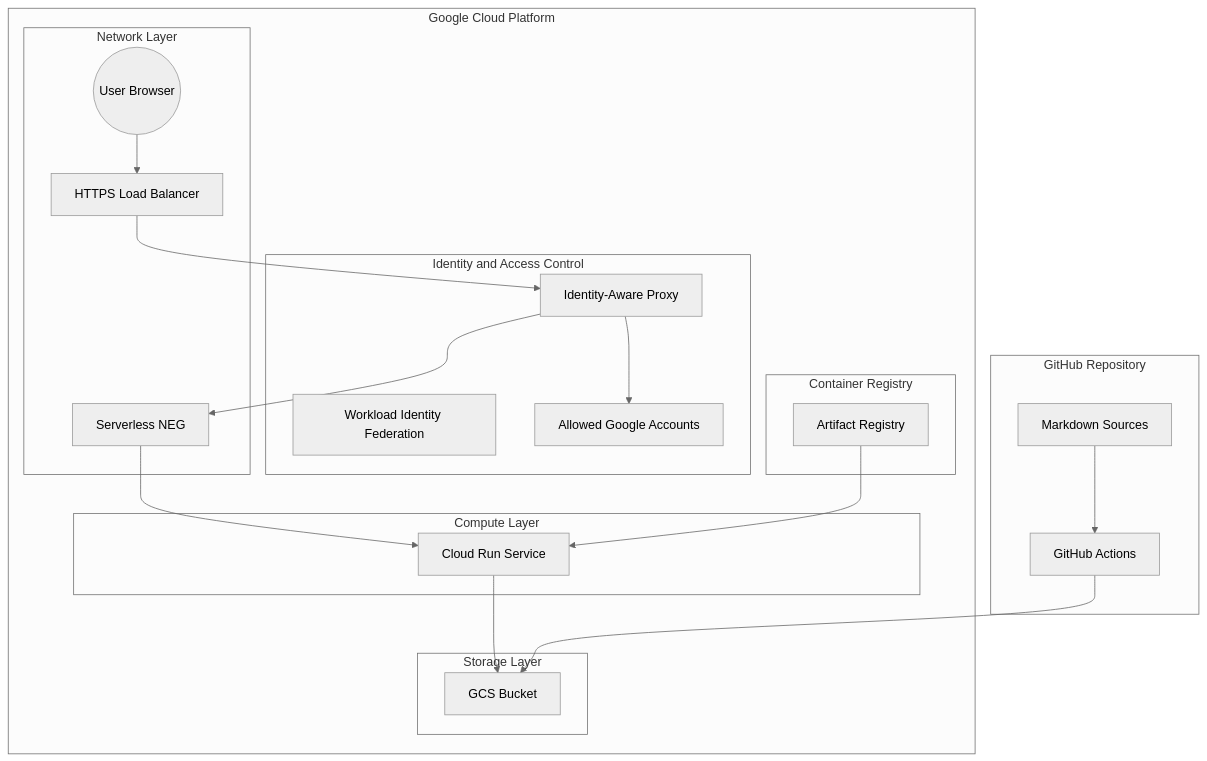
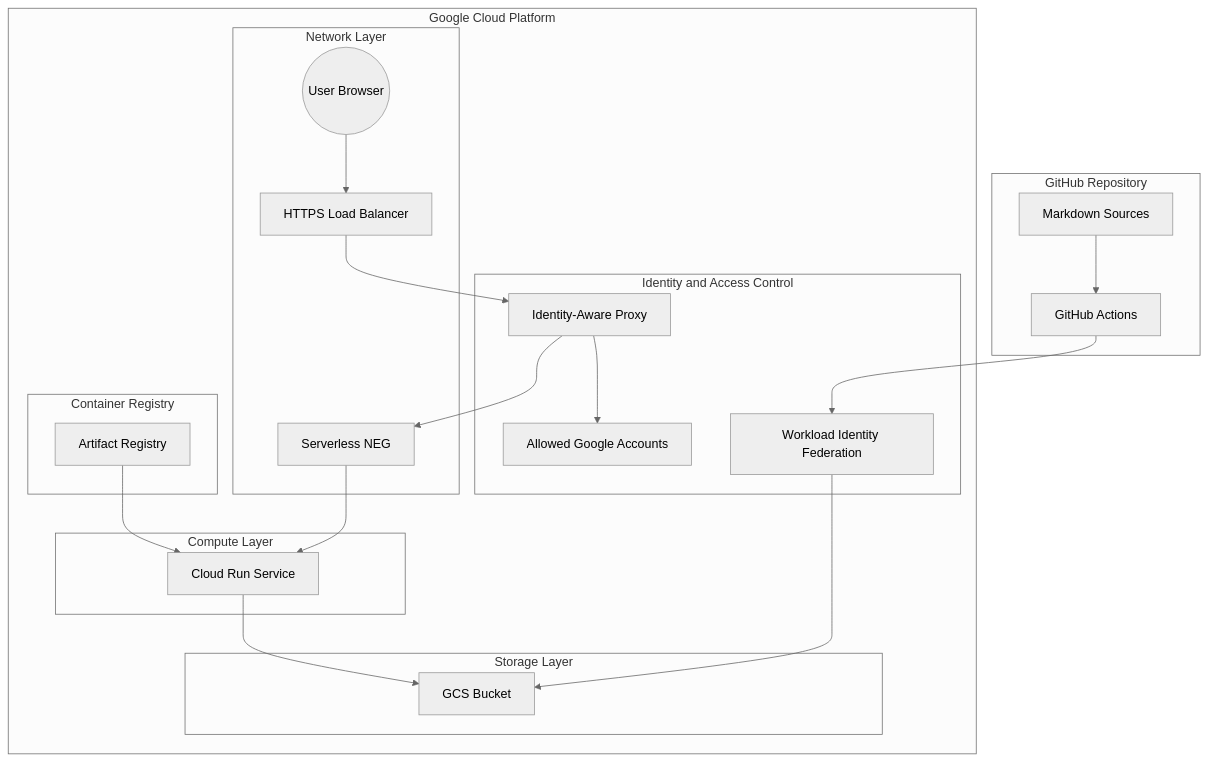
The diagram in docs/architecture.md (oharato/docs-repo), drawn with Mermaid (neutral theme) before and after one commit. The commit also changed 5 other files, not shown here.

Commit message:
fix: address all code review findings (mermaid, versioning, docs, dark mode)

````diff
--- a/docs/architecture.md
+++ b/docs/architecture.md
@@ -7,43 +7,44 @@
 ```mermaid
 graph TD
     subgraph GitHub["GitHub Repository"]
         Markdown["Markdown Sources"]
         GHA["GitHub Actions"]
         Markdown --> GHA
     end
 
     subgraph GCP["Google Cloud Platform"]
         subgraph Security["Identity and Access Control"]
             WIF["Workload Identity Federation"]
             IAP["Identity-Aware Proxy"]
             UserAuth["Allowed Google Accounts"]
             IAP --> UserAuth
         end
 
         subgraph Storage["Storage Layer"]
             GCS["GCS Bucket"]
         end
 
         subgraph Networking["Network Layer"]
             User(("User Browser"))
             HTTPSLB["HTTPS Load Balancer"]
             NEG["Serverless NEG"]
             User --> HTTPSLB
             HTTPSLB --> IAP
             IAP --> NEG
         end
 
         subgraph Compute["Compute Layer"]
             CloudRun["Cloud Run Service"]
             NEG --> CloudRun
             CloudRun --> GCS
         end
 
         subgraph Registry["Container Registry"]
             AR["Artifact Registry"]
             AR --> CloudRun
         end
     end
 
-    GHA --> GCS
+    GHA --> WIF
+    WIF --> GCS
 ```
````
